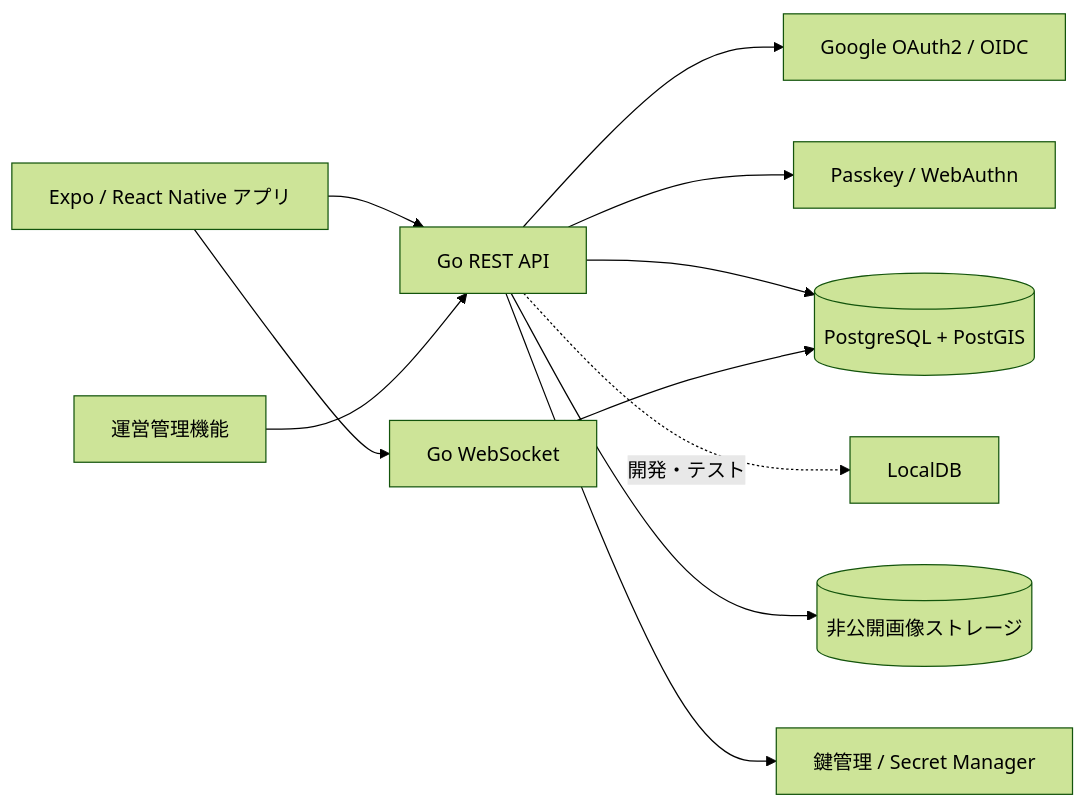
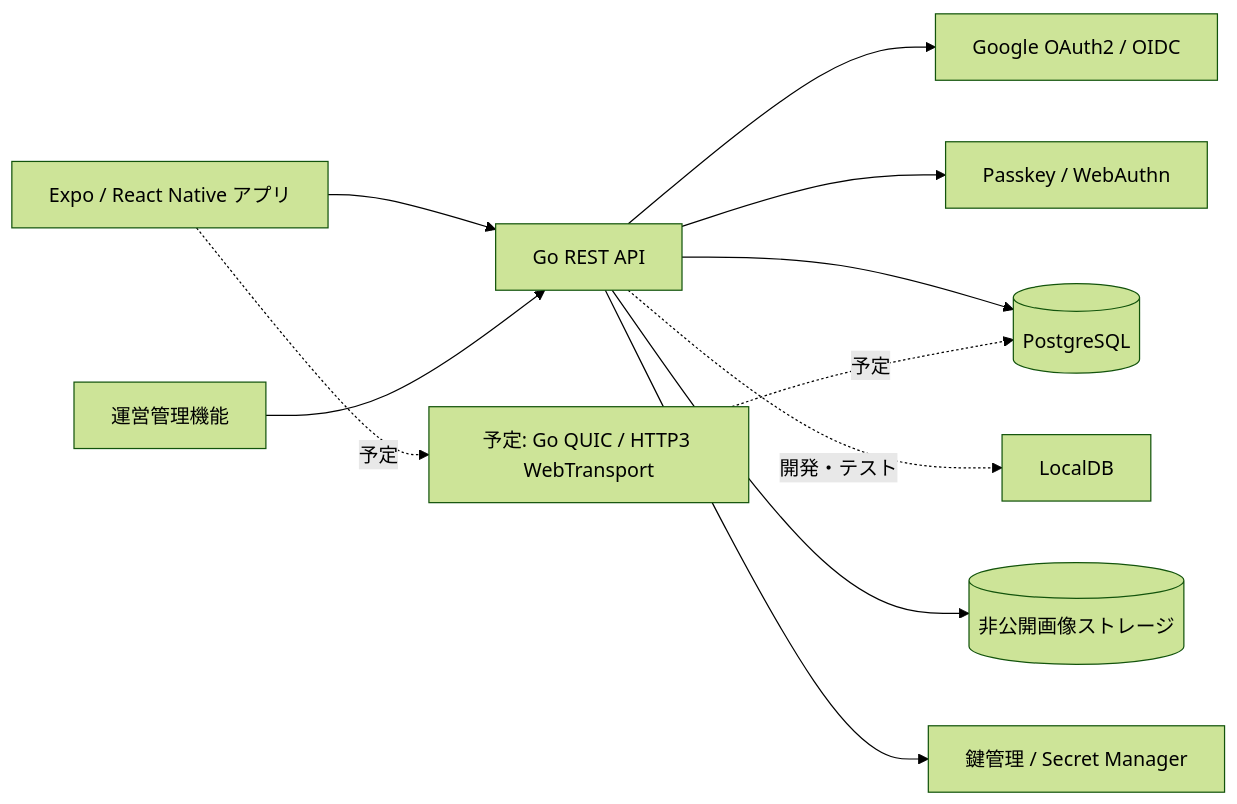
One commit to Tornado2026-team-j/Samurai-meet changed the second of 3 diagrams in docs/requirements.md. Above: the diagram before and after it, drawn with Mermaid (forest theme). The commit also changed other lines of this file and 7 other files, not shown here.

Commit message:
docs: define QUIC chat transport and retry policy

````diff
--- a/docs/requirements.md
+++ b/docs/requirements.md
@@ -471,23 +474,23 @@
 ```mermaid
 flowchart LR
     Mobile[Expo / React Native アプリ]
     API[Go REST API]
-    WS[Go WebSocket]
+    QUIC[予定: Go QUIC / HTTP3 WebTransport]
     Auth[Google OAuth2 / OIDC]
     Passkey[Passkey / WebAuthn]
-    DB[(PostgreSQL + PostGIS)]
+    DB[(PostgreSQL)]
     Storage[(非公開画像ストレージ)]
     KMS[鍵管理 / Secret Manager]
     Admin[運営管理機能]
 
     Mobile --> API
-    Mobile --> WS
+    Mobile -. 予定 .-> QUIC
     API --> Auth
     API --> Passkey
     API --> DB
     API -. 開発・テスト .-> LocalDB
     API --> Storage
-    WS --> DB
+    QUIC -. 予定 .-> DB
     API --> KMS
     Admin --> API
 ```
````
